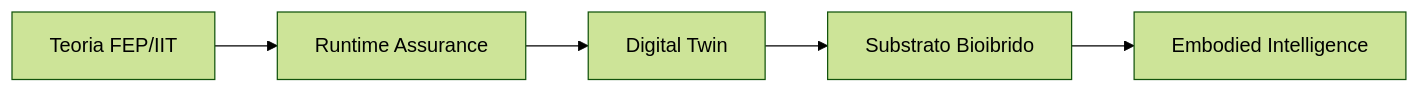
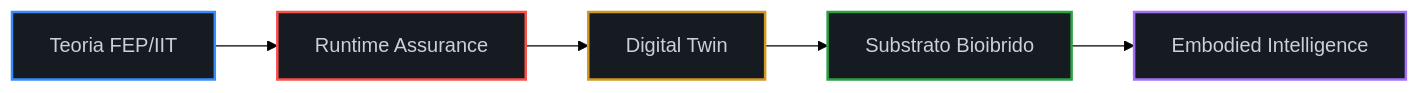
The diagram in README.md (NagualTolteco/asi-alignment-invariant), drawn with Mermaid (forest theme) before and after one commit. The commit also changed other lines of this file and 2 other files, not shown here.

````diff
--- a/README.md
+++ b/README.md
@@ -72,7 +75,14 @@
 ```mermaid
 graph LR
     A["Teoria FEP/IIT"] --> B["Runtime Assurance"]
     B --> C["Digital Twin"]
     C --> D["Substrato Bioibrido"]
     D --> E["Embodied Intelligence"]
+
+    %% Styling coerente con la palette GitHub Dark
+    style A fill:#161b22,stroke:#388bfd,stroke-width:2px,color:#c9d1d9
+    style B fill:#161b22,stroke:#f85149,stroke-width:2px,color:#c9d1d9
+    style C fill:#161b22,stroke:#d29922,stroke-width:2px,color:#c9d1d9
+    style D fill:#161b22,stroke:#2ea043,stroke-width:2px,color:#c9d1d9
+    style E fill:#161b22,stroke:#a371f7,stroke-width:2px,color:#c9d1d9
 ```
````
